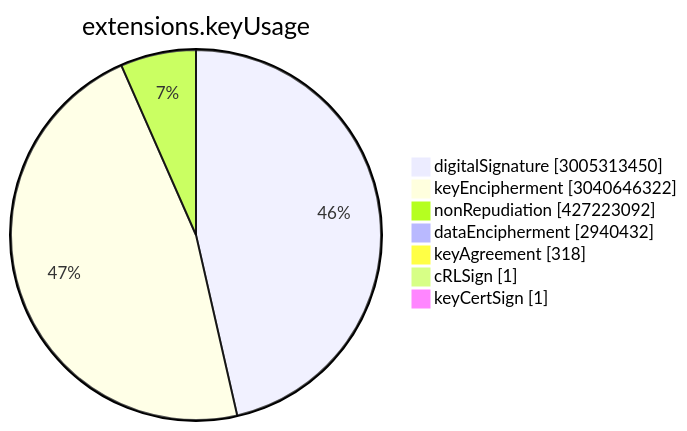
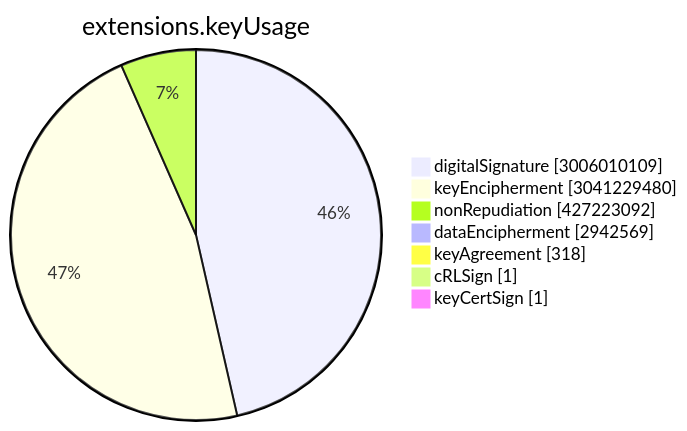
One commit to christiankrug/ctmonitor_visualization changed the sixth of 15 diagrams in TOTAL/README.md. Above: the diagram before and after it, drawn with Mermaid. The commit also changed other lines of this file, not shown here.

````diff
--- a/TOTAL/README.md
+++ b/TOTAL/README.md
@@ -3074,11 +3074,11 @@
 ```mermaid
 pie showData
 title extensions.keyUsage
-"digitalSignature" :3005313450
-"keyEncipherment" :3040646322
+"digitalSignature" :3006010109
+"keyEncipherment" :3041229480
 "nonRepudiation" :427223092
-"dataEncipherment" :2940432
+"dataEncipherment" :2942569
 "keyAgreement" :318
 "cRLSign" :1
 "keyCertSign" :1
 ```
````
